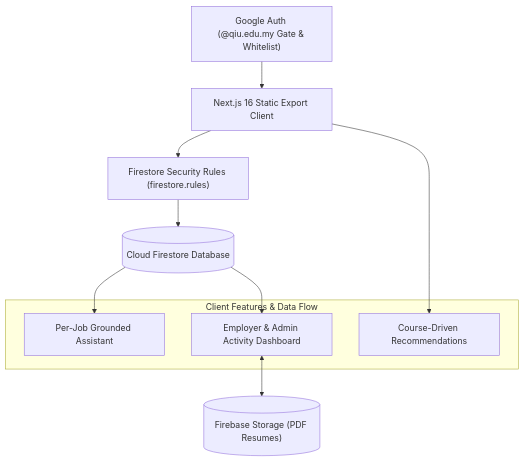
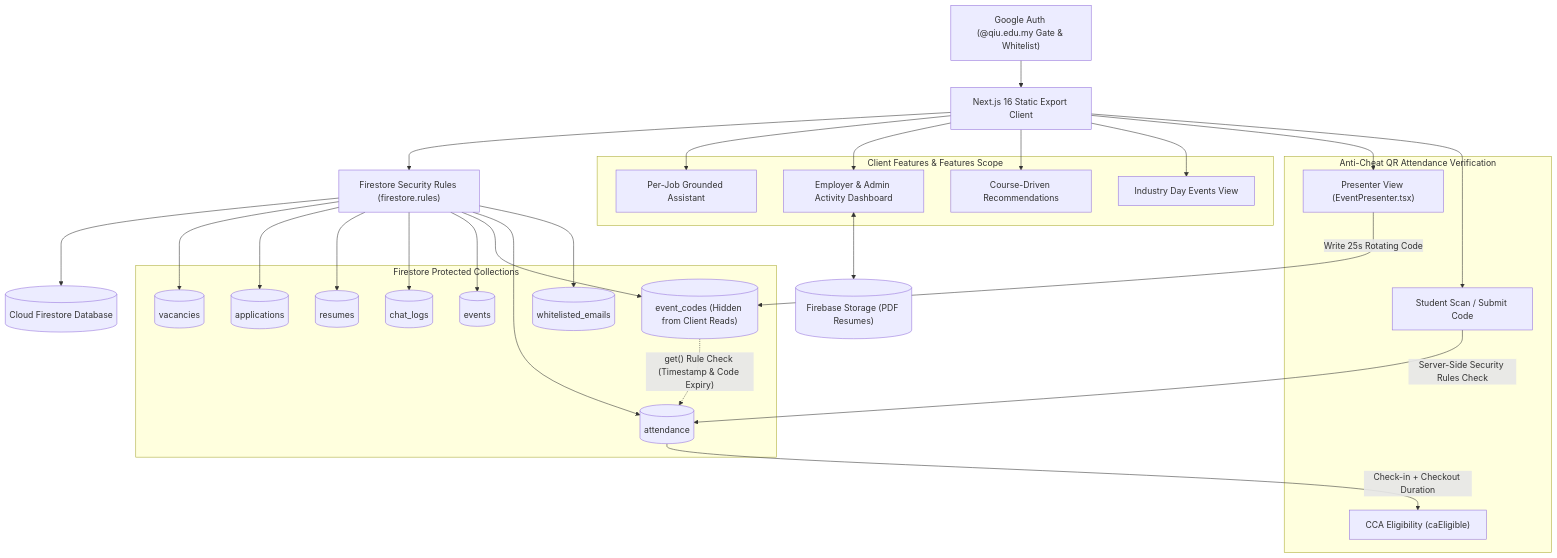
One commit to SooYM/QIU-Industry-Webapp changed the diagram in README.md. Above: the diagram before and after it, drawn with Mermaid. The commit also changed other lines of this file and 2 other files, not shown here.

Commit message:
docs(readme): document Events module, 25s rotating QR anti-cheat attendance, and CCA verification

````diff
--- a/README.md
+++ b/README.md
@@ -44,17 +51,48 @@
 ```mermaid
 flowchart TD
     Auth["Google Auth (@qiu.edu.my Gate & Whitelist)"] --> Client["Next.js 16 Static Export Client"]
     Client --> Rules["Firestore Security Rules (firestore.rules)"]
     Rules --> Firestore[("Cloud Firestore Database")]
-    Firestore --> Assistant["Per-Job Grounded Assistant"]
-    Firestore --> Dashboard["Employer & Admin Activity Dashboard"]
     
-    subgraph ClientFeatures ["Client Features & Data Flow"]
-        Assistant
-        Dashboard
-        Recs["Course-Driven Recommendations"]
+    subgraph FirestoreCollections ["Firestore Protected Collections"]
+        Vacancies[("vacancies")]
+        Applications[("applications")]
+        Resumes[("resumes")]
+        ChatLogs[("chat_logs")]
+        Events[("events")]
+        EventCodes[("event_codes (Hidden from Client Reads)")]
+        Attendance[("attendance")]
+        Whitelist[("whitelisted_emails")]
+    end
+    
+    Rules --> Vacancies
+    Rules --> Applications
+    Rules --> Resumes
+    Rules --> ChatLogs
+    Rules --> Events
+    Rules --> EventCodes
+    Rules --> Attendance
+    Rules --> Whitelist
+
+    subgraph LiveAttendanceModule ["Anti-Cheat QR Attendance Verification"]
+        Presenter["Presenter View (EventPresenter.tsx)"] -->|"Write 25s Rotating Code"| EventCodes
+        Student["Student Scan / Submit Code"] -->|"Server-Side Security Rules Check"| Attendance
+        EventCodes -.->|"get() Rule Check (Timestamp & Code Expiry)"| Attendance
+        Attendance -->|"Check-in + Checkout Duration"| CCA["CCA Eligibility (caEligible)"]
     end
 
+    subgraph ClientFeatures ["Client Features & Features Scope"]
+        Assistant["Per-Job Grounded Assistant"]
+        Dashboard["Employer & Admin Activity Dashboard"]
+        Recs["Course-Driven Recommendations"]
+        EventsView["Industry Day Events View"]
+    end
+
+    Client --> Assistant
+    Client --> Dashboard
     Client --> Recs
+    Client --> EventsView
+    Client --> Presenter
+    Client --> Student
     Dashboard <--> Storage[("Firebase Storage (PDF Resumes)")]
 ```
````
